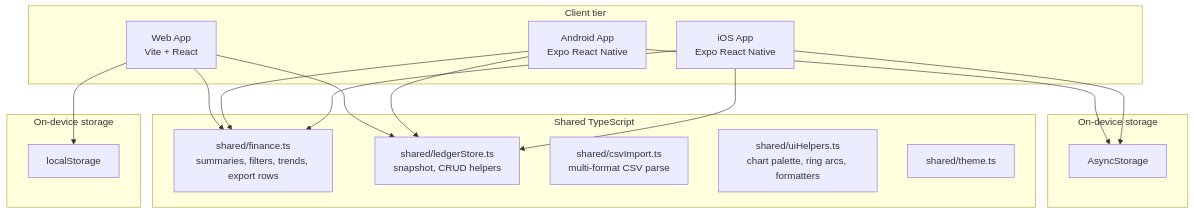
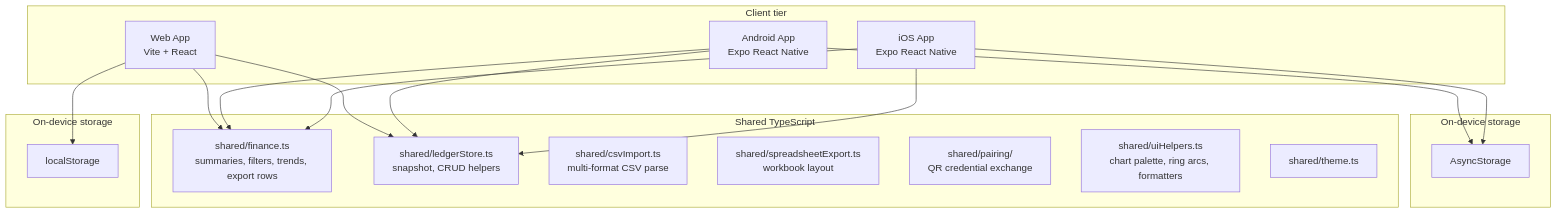
One commit to dushyant97/money-sheets changed the third of 6 diagrams in README.md. Above: the diagram before and after it, drawn with Mermaid. The commit also changed other lines of this file and 8 other files, not shown here.

````diff
--- a/README.md
+++ b/README.md
@@ -406,34 +426,36 @@
 ```mermaid
 flowchart TB
   subgraph clients[Client tier]
     Web[Web App<br/>Vite + React]
     Android[Android App<br/>Expo React Native]
     IOS[iOS App<br/>Expo React Native]
   end
 
   subgraph shared[Shared TypeScript]
     Finance[shared/finance.ts<br/>summaries, filters, trends, export rows]
     Ledger[shared/ledgerStore.ts<br/>snapshot, CRUD helpers]
     Csv[shared/csvImport.ts<br/>multi-format CSV parse]
+    Xlsx[shared/spreadsheetExport.ts<br/>workbook layout]
+    Pair[shared/pairing/<br/>QR credential exchange]
     UI[shared/uiHelpers.ts<br/>chart palette, ring arcs, formatters]
     Theme[shared/theme.ts]
   end
 
   subgraph storage[On-device storage]
     WebStore[localStorage]
   end
 
   subgraph mobileStore[On-device storage]
     Async[AsyncStorage]
   end
 
   Web --> Finance
   Android --> Finance
   IOS --> Finance
   Web --> Ledger
   Android --> Ledger
   IOS --> Ledger
   Web --> WebStore
   Android --> Async
   IOS --> Async
 ```
````
